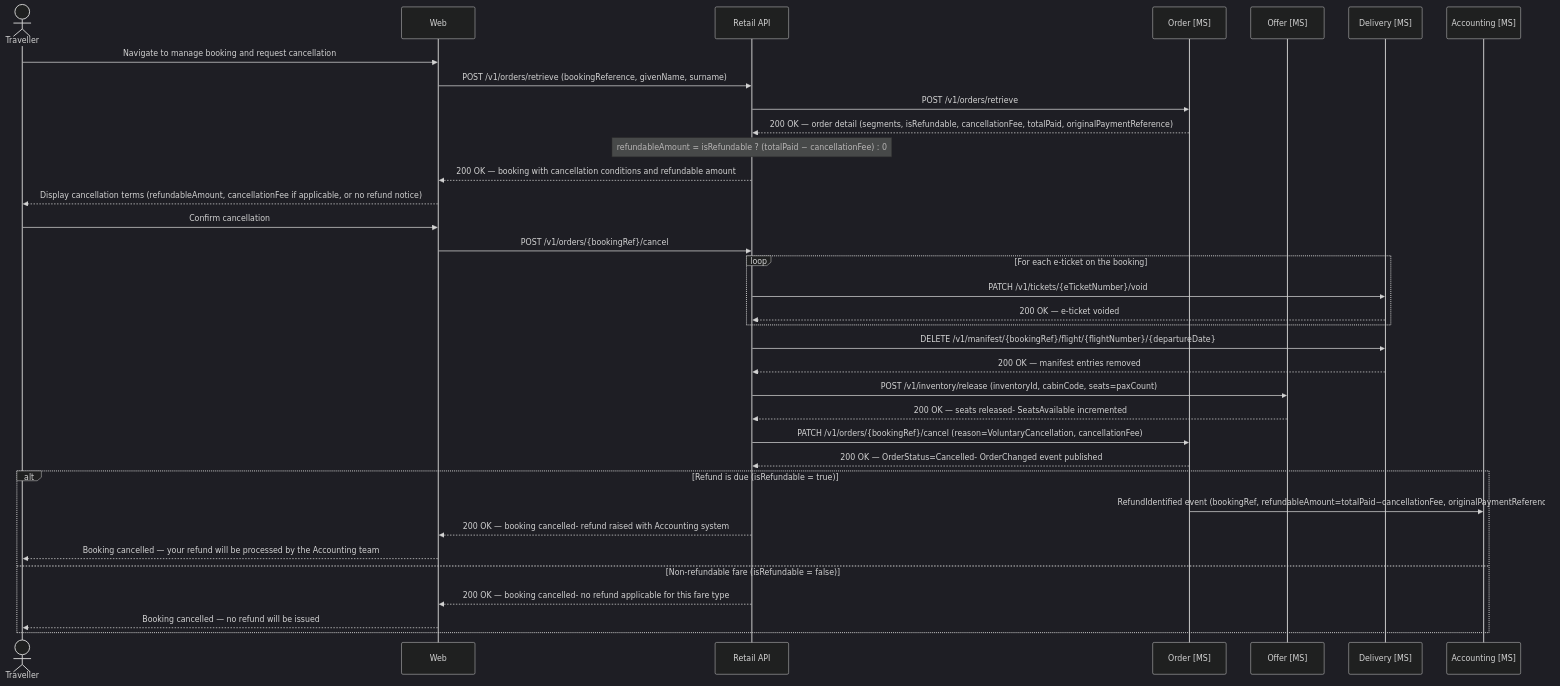
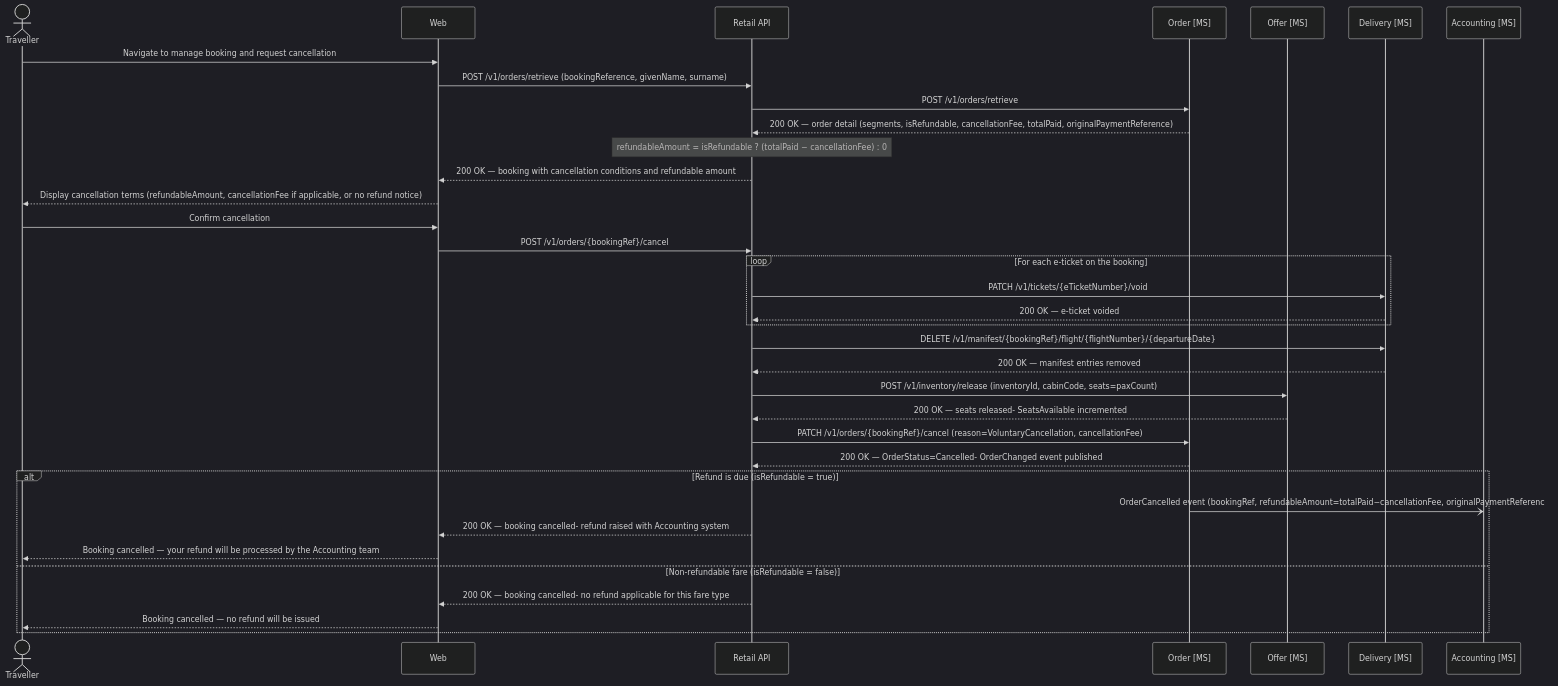
One commit to sebharvey/airline-reservation-system changed the eighth of 27 diagrams in documentation/design.md. Above: the diagram before and after it, drawn with Mermaid (dark theme). The commit also changed other lines of this file, not shown here.

First line of the commit message:
Review and fix PSS architecture design document

````diff
--- a/documentation/design.md
+++ b/documentation/design.md
@@ -1460,44 +1469,44 @@
 ```mermaid
 sequenceDiagram
     actor Traveller
     participant Web
     participant RetailAPI as Retail API
     participant OrderMS as Order [MS]
     participant OfferMS as Offer [MS]
     participant DeliveryMS as Delivery [MS]
     participant AccountingMS as Accounting [MS]
 
     Traveller->>Web: Navigate to manage booking and request cancellation
     Web->>RetailAPI: POST /v1/orders/retrieve (bookingReference, givenName, surname)
     RetailAPI->>OrderMS: POST /v1/orders/retrieve
     OrderMS-->>RetailAPI: 200 OK — order detail (segments, isRefundable, cancellationFee, totalPaid, originalPaymentReference)
     Note over RetailAPI: refundableAmount = isRefundable ? (totalPaid − cancellationFee) : 0
     RetailAPI-->>Web: 200 OK — booking with cancellation conditions and refundable amount
 
     Web-->>Traveller: Display cancellation terms (refundableAmount, cancellationFee if applicable, or no refund notice)
     Traveller->>Web: Confirm cancellation
     Web->>RetailAPI: POST /v1/orders/{bookingRef}/cancel
 
     loop For each e-ticket on the booking
         RetailAPI->>DeliveryMS: PATCH /v1/tickets/{eTicketNumber}/void
         DeliveryMS-->>RetailAPI: 200 OK — e-ticket voided
     end
 
     RetailAPI->>DeliveryMS: DELETE /v1/manifest/{bookingRef}/flight/{flightNumber}/{departureDate}
     DeliveryMS-->>RetailAPI: 200 OK — manifest entries removed
 
     RetailAPI->>OfferMS: POST /v1/inventory/release (inventoryId, cabinCode, seats=paxCount)
     OfferMS-->>RetailAPI: 200 OK — seats released- SeatsAvailable incremented
 
     RetailAPI->>OrderMS: PATCH /v1/orders/{bookingRef}/cancel (reason=VoluntaryCancellation, cancellationFee)
     OrderMS-->>RetailAPI: 200 OK — OrderStatus=Cancelled- OrderChanged event published
 
     alt Refund is due (isRefundable = true)
-        OrderMS->>AccountingMS: RefundIdentified event (bookingRef, refundableAmount=totalPaid−cancellationFee, originalPaymentReference)
+        OrderMS-)AccountingMS: OrderCancelled event (bookingRef, refundableAmount=totalPaid−cancellationFee, originalPaymentReference)
         RetailAPI-->>Web: 200 OK — booking cancelled- refund raised with Accounting system
         Web-->>Traveller: Booking cancelled — your refund will be processed by the Accounting team
     else Non-refundable fare (isRefundable = false)
         RetailAPI-->>Web: 200 OK — booking cancelled- no refund applicable for this fare type
         Web-->>Traveller: Booking cancelled — no refund will be issued
     end
 ```
````
